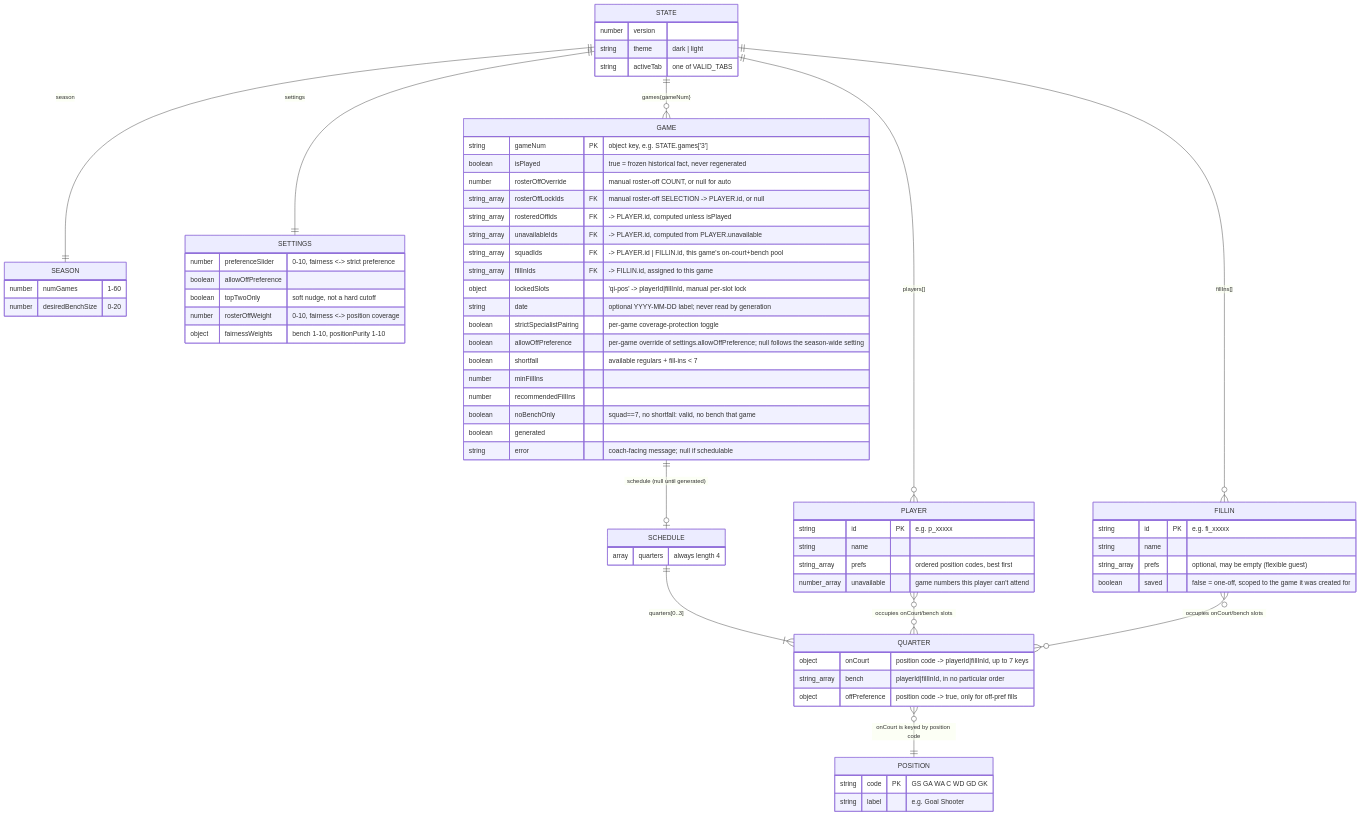
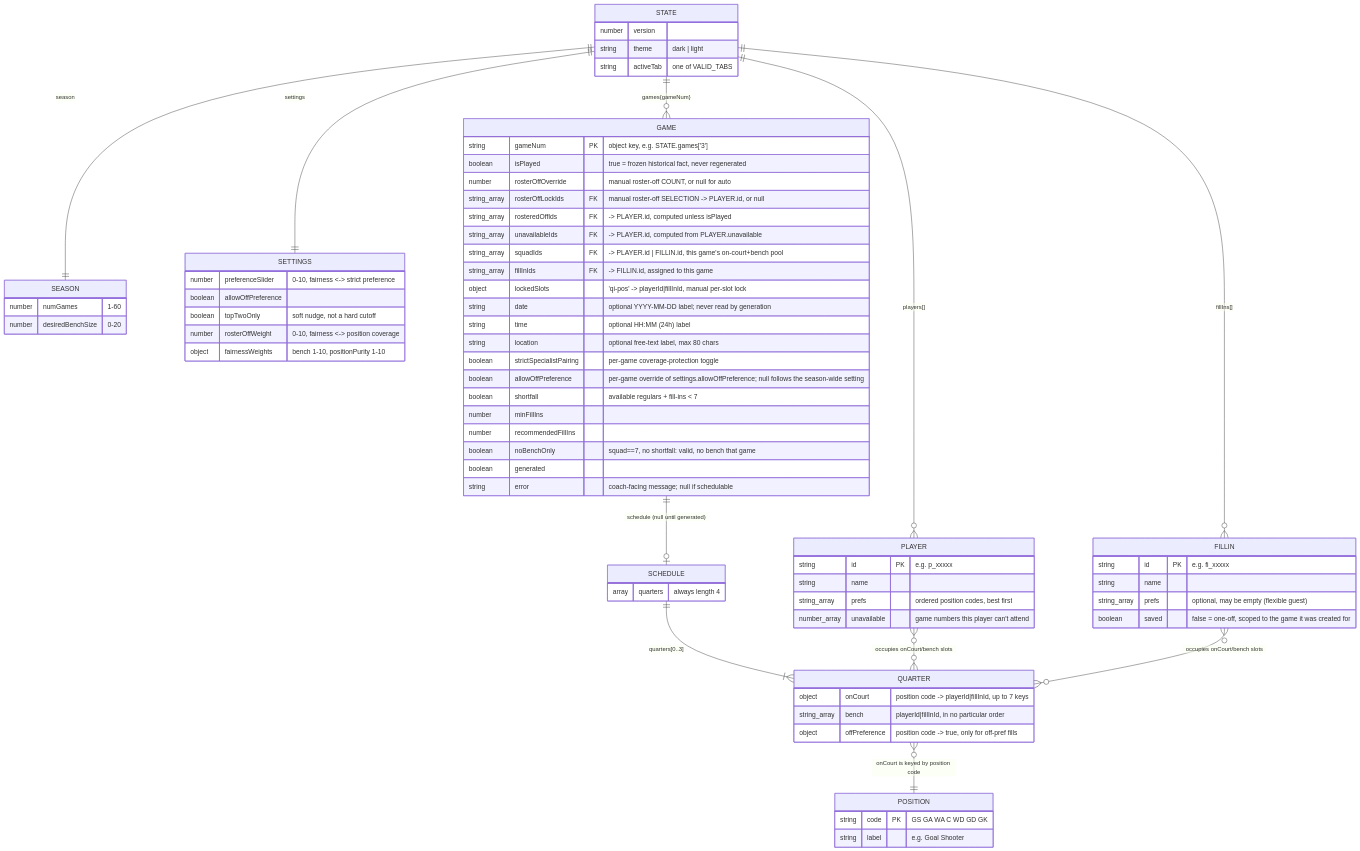
The diagram in docs/data-model.md (dj8/nb-roster-mgr), drawn with Mermaid before and after one commit. The commit also changed 6 other files, not shown here.

First line of the commit message:
Game card: add time and location, retitle to 'Game date and time'

```diff
--- a/docs/data-model.md
+++ b/docs/data-model.md
@@ -57,6 +57,8 @@
         string_array fillInIds FK "-> FILLIN.id, assigned to this game"
         object lockedSlots "'qi-pos' -> playerId|fillInId, manual per-slot lock"
         string date "optional YYYY-MM-DD label; never read by generation"
+        string time "optional HH:MM (24h) label"
+        string location "optional free-text label, max 80 chars"
         boolean strictSpecialistPairing "per-game coverage-protection toggle"
         boolean allowOffPreference "per-game override of settings.allowOffPreference; null follows the season-wide setting"
         boolean shortfall "available regulars + fill-ins < 7"
```
